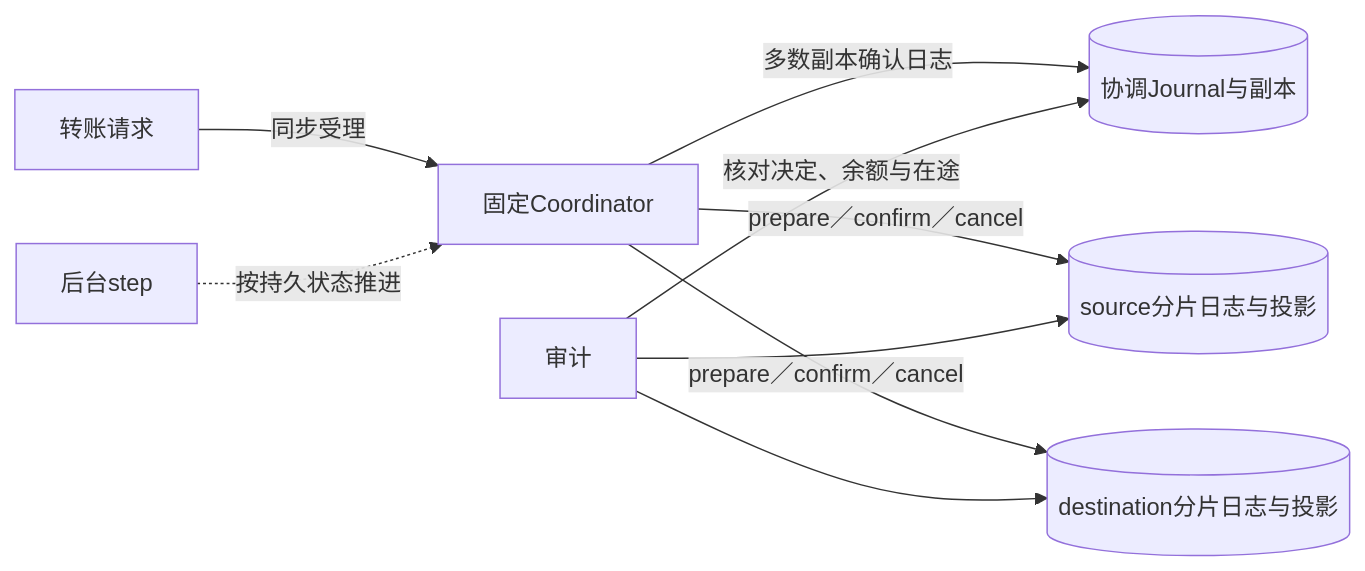
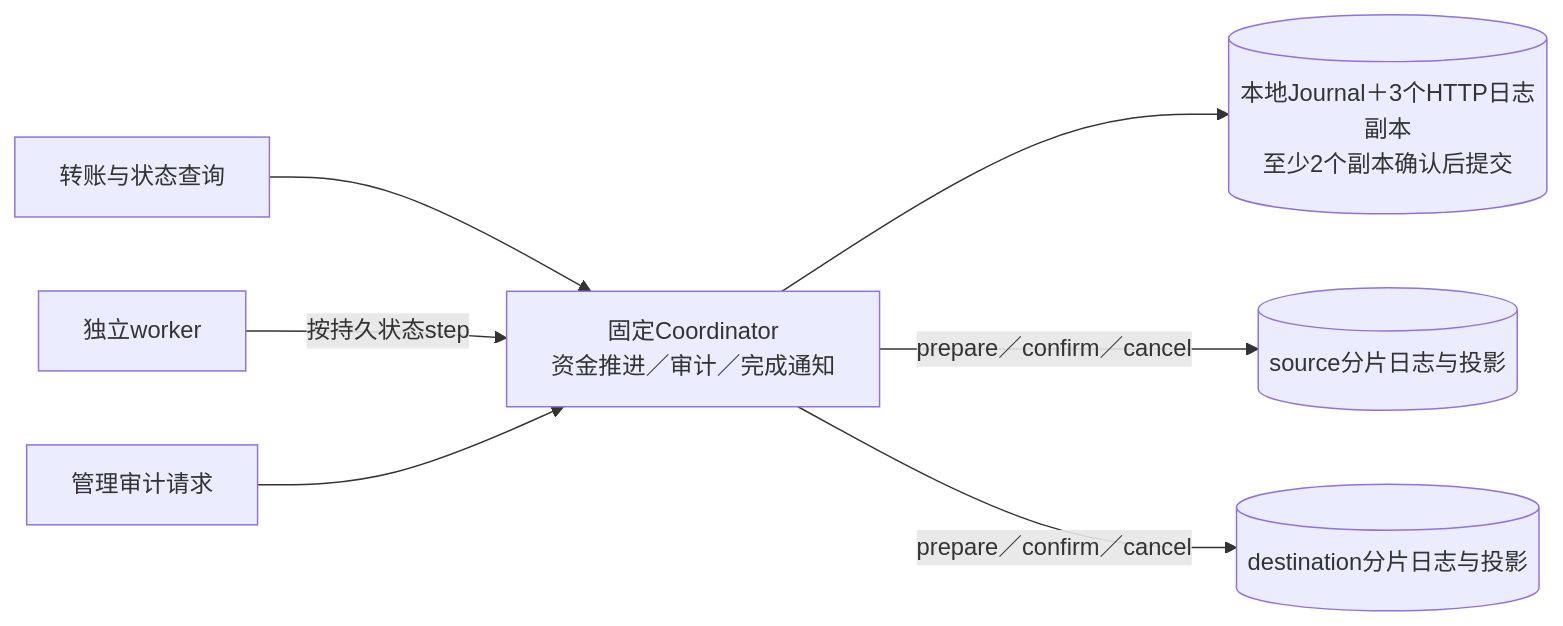
The first of 3 diagrams in tools/learning_guides/digital-wallet-system.md (attackoncs/system-design-impl), drawn with Mermaid before and after one commit. The commit also changed other lines of this file and 15 other files, not shown here.

````diff
--- a/tools/learning_guides/digital-wallet-system.md
+++ b/tools/learning_guides/digital-wallet-system.md
@@ -9,11 +9,9 @@
 ```mermaid
 flowchart LR
-  U["转账请求"] -->|同步受理| C["固定Coordinator"]
-  C -->|多数副本确认日志| J[("协调Journal与副本")]
-  W["后台step"] -.->|按持久状态推进| C
+  U["转账与状态查询"] --> C["固定Coordinator<br/>资金推进／审计／完成通知"]
+  W["独立worker"] -->|按持久状态step| C
+  A["管理审计请求"] --> C
+  C --> J[("本地Journal＋3个HTTP日志副本<br/>至少2个副本确认后提交")]
   C -->|prepare／confirm／cancel| S[("source分片日志与投影")]
   C -->|prepare／confirm／cancel| D[("destination分片日志与投影")]
-  A["审计"] -->|核对决定、余额与在途| J
-  A --> S
-  A --> D
 ```
````
